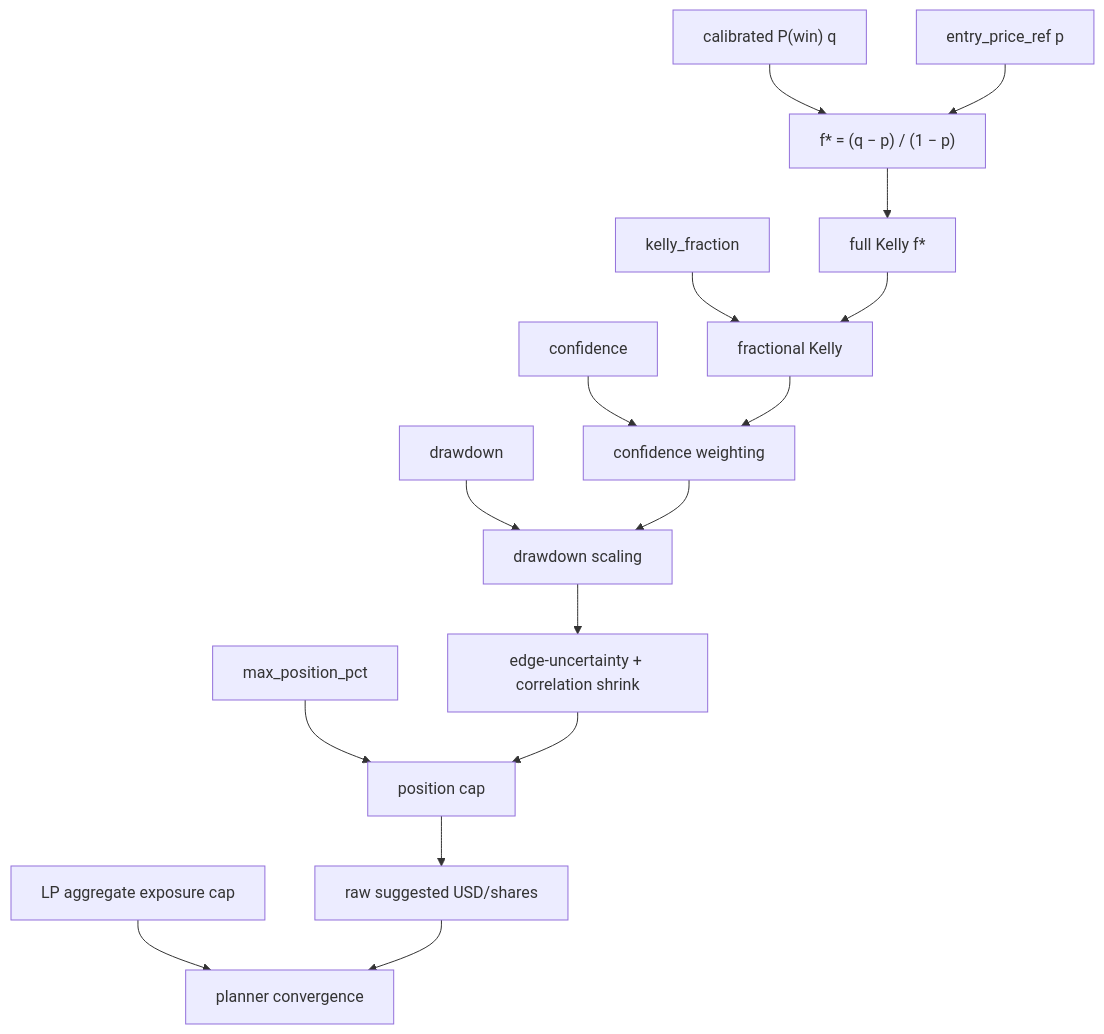
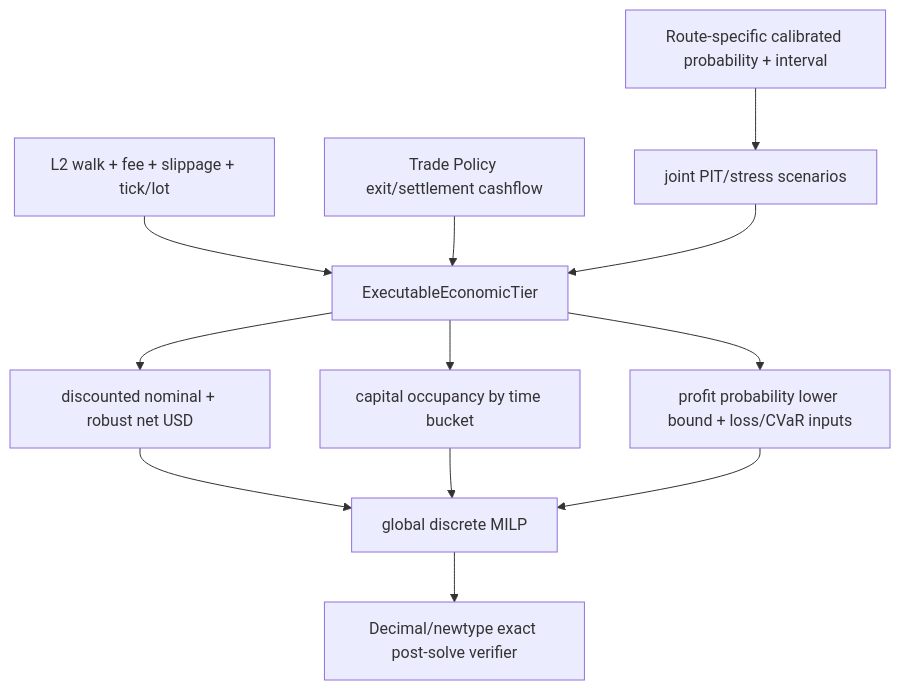
One commit to solomon-ssy/oxide-arb changed the seventh of 12 diagrams in docs/operations/architecture-and-design.md. Above: the diagram before and after it, drawn with Mermaid. The commit also changed other lines of this file and 438 other files, not shown here.

Commit message:
feat(core,models,research,repository,migration,api,web,system-tests,xtask,docs,ui): 🧮 Cut over to HiGHS global portfolio, mixed-route reports, and descriptor-backed deploy/runtime config

````diff
--- a/docs/operations/architecture-and-design.md
+++ b/docs/operations/architecture-and-design.md
@@ -392,18 +395,14 @@
 ```mermaid
 flowchart TD
-    A["calibrated P(win) q"] --> B["f* = (q − p) / (1 − p)"]
-    C["entry_price_ref p"] --> B
-    B --> E["full Kelly f*"]
-    F["kelly_fraction"] --> G["fractional Kelly"]
-    E --> G
-    H["confidence"] --> I["confidence weighting"]
+    A["Route-specific calibrated probability + interval"] --> D["joint PIT/stress scenarios"]
+    B["L2 walk + fee + slippage + tick/lot"] --> E["ExecutableEconomicTier"]
+    C["Trade Policy exit/settlement cashflow"] --> E
+    D --> E
+    E --> F["discounted nominal + robust net USD"]
+    E --> G["capital occupancy by time bucket"]
+    E --> H["profit probability lower bound + loss/CVaR inputs"]
+    F --> I["global discrete MILP"]
     G --> I
-    J["drawdown"] --> K["drawdown scaling"]
-    I --> K
-    K --> L["edge-uncertainty + correlation shrink"]
-    M["max_position_pct"] --> N["position cap"]
-    L --> N
-    N --> O["raw suggested USD/shares"]
-    P["LP aggregate exposure cap"] --> Q["planner convergence"]
-    O --> Q
+    H --> I
+    I --> J["Decimal/newtype exact post-solve verifier"]
 ```
````
